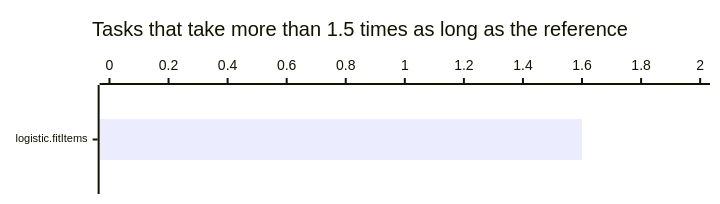
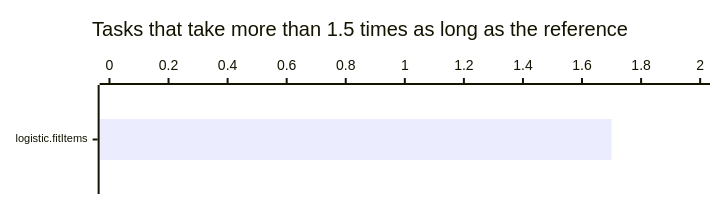
Before and after one commit to measurekit/measurekit: the second of 4 diagrams in docs/knowledge-tracing/performance.md, drawn with Mermaid. The commit also changed other lines of this file and 7 other files, not shown here.

````diff
--- a/docs/knowledge-tracing/performance.md
+++ b/docs/knowledge-tracing/performance.md
@@ -27,9 +27,9 @@
 ```mermaid
 %%{init: {"xyChart": {"height": 184, "xAxis": {"labelFontSize": 11}}}}%%
 xychart-beta horizontal
   title "Tasks that take more than 1.5 times as long as the reference"
   x-axis ["logistic.fitItems"]
   y-axis "Time of measurekit over the time of the reference" 0 --> 2
-  bar [1.6]
+  bar [1.7]
   line [1]
 ```
````
